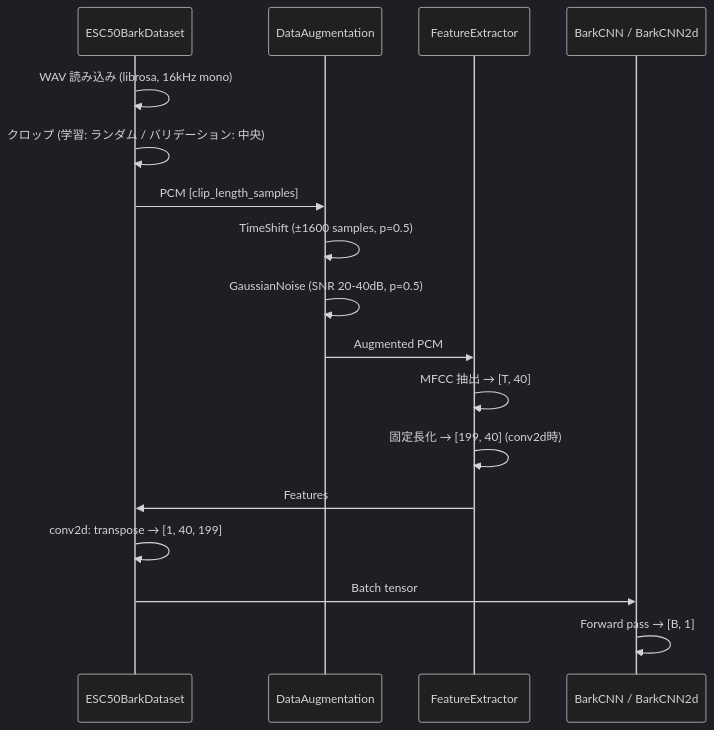
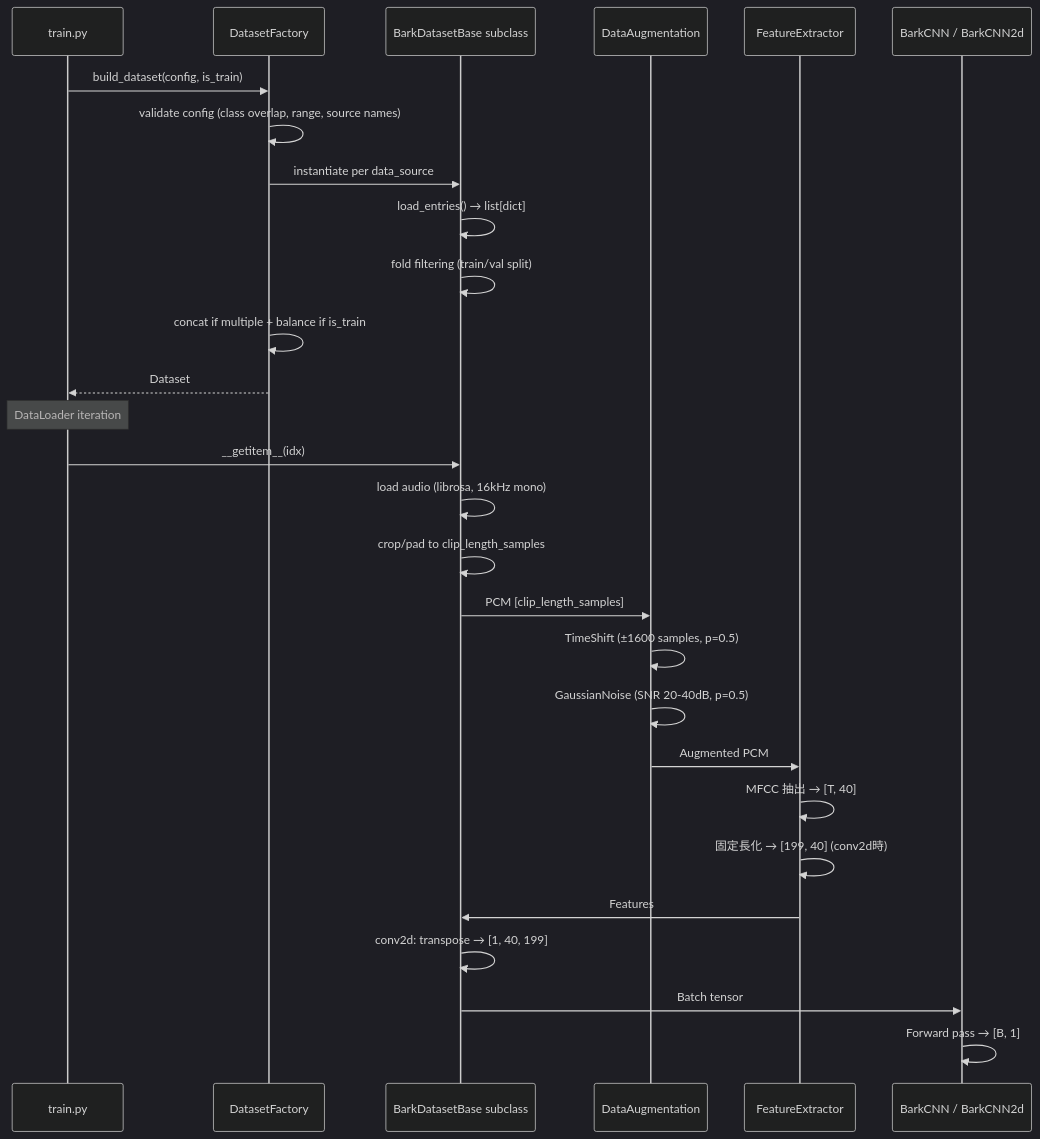
One commit to kazusanto/bark-check changed the second of 3 diagrams in .kiro/specs/bark-check/design.md. Above: the diagram before and after it, drawn with Mermaid (dark theme). The commit also changed other lines of this file and 7 other files, not shown here.

````diff
--- a/.kiro/specs/bark-check/design.md
+++ b/.kiro/specs/bark-check/design.md
@@ -72,20 +83,32 @@
 ```mermaid
 sequenceDiagram
-    participant DS as ESC50BarkDataset
+    participant CLI as train.py
+    participant F as DatasetFactory
+    participant DS as BarkDatasetBase subclass
     participant Aug as DataAugmentation
     participant FE as FeatureExtractor
     participant Model as BarkCNN / BarkCNN2d
 
-    DS->>DS: WAV 読み込み (librosa, 16kHz mono)
-    DS->>DS: クロップ (学習: ランダム / バリデーション: 中央)
+    CLI->>F: build_dataset(config, is_train)
+    F->>F: validate config (class overlap, range, source names)
+    F->>DS: instantiate per data_source
+    DS->>DS: load_entries() → list[dict]
+    DS->>DS: fold filtering (train/val split)
+    F->>F: concat if multiple + balance if is_train
+    F-->>CLI: Dataset
+
+    Note over CLI: DataLoader iteration
+    CLI->>DS: __getitem__(idx)
+    DS->>DS: load audio (librosa, 16kHz mono)
+    DS->>DS: crop/pad to clip_length_samples
     DS->>Aug: PCM [clip_length_samples]
     Aug->>Aug: TimeShift (±1600 samples, p=0.5)
     Aug->>Aug: GaussianNoise (SNR 20-40dB, p=0.5)
     Aug->>FE: Augmented PCM
     FE->>FE: MFCC 抽出 → [T, 40]
     FE->>FE: 固定長化 → [199, 40] (conv2d時)
     FE->>DS: Features
     DS->>DS: conv2d: transpose → [1, 40, 199]
     DS->>Model: Batch tensor
     Model->>Model: Forward pass → [B, 1]
 ```
````
